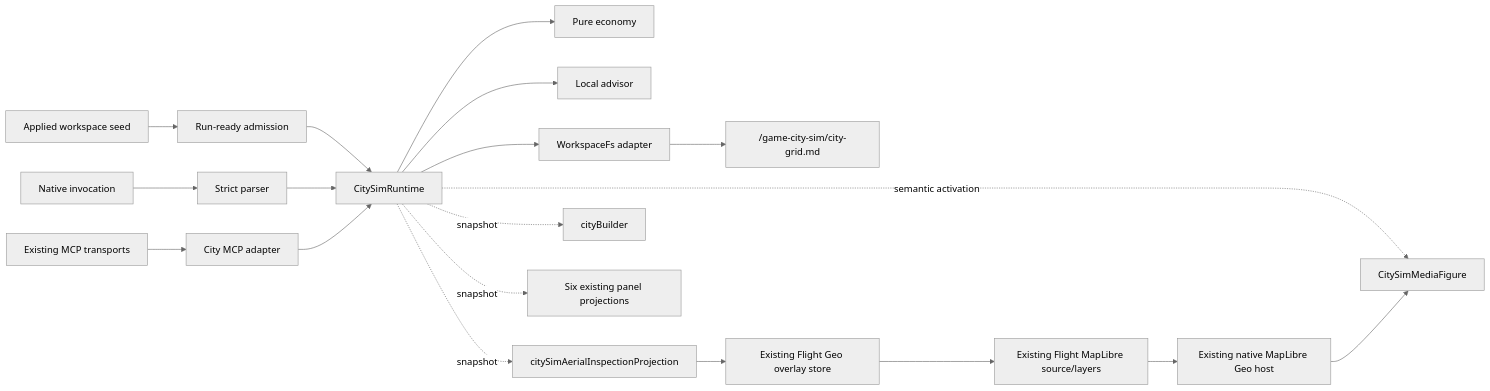
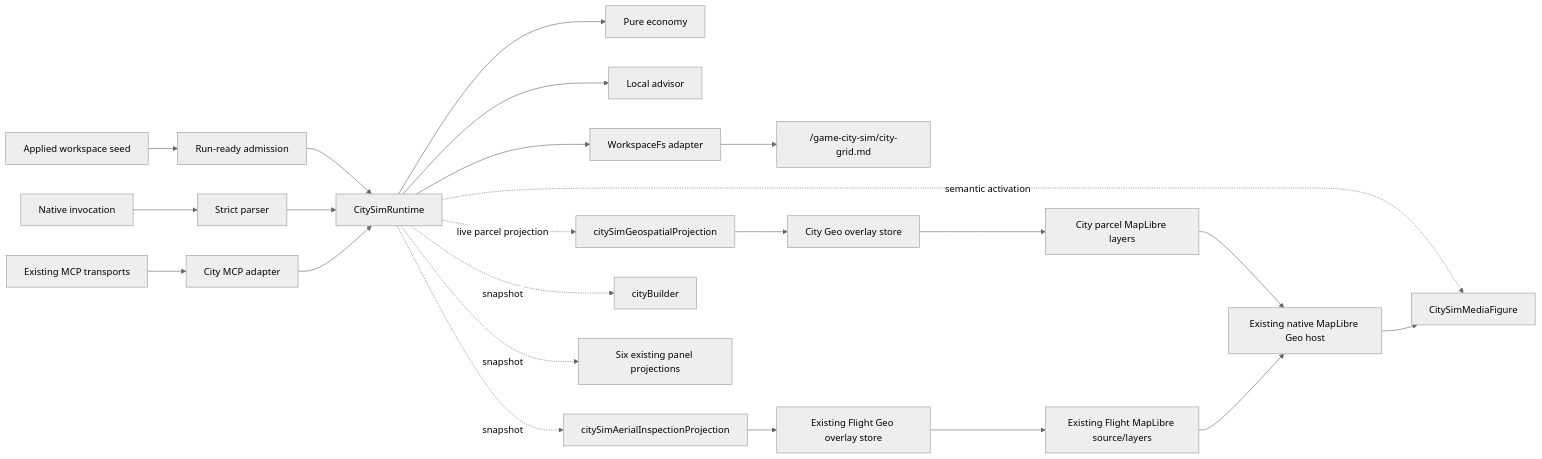
One commit to huijoohwee/agentic-graph changed the first of 2 diagrams in .kiro/specs/knowgrph-city-building-sim/design.md. Above: the diagram before and after it, drawn with Mermaid (neutral theme). The commit also changed other lines of this file and 81 other files, not shown here.

Commit message:
Render source-authored City parcels on Geo+XR

````diff
--- a/.kiro/specs/knowgrph-city-building-sim/design.md
+++ b/.kiro/specs/knowgrph-city-building-sim/design.md
@@ -46,21 +51,25 @@
 ```mermaid
 flowchart LR
   Source["Applied workspace seed"] --> Admission["Run-ready admission"]
   Invocation["Native invocation"] --> Parser["Strict parser"]
   MCP["Existing MCP transports"] --> Adapter["City MCP adapter"]
   Admission --> Runtime["CitySimRuntime"]
   Parser --> Runtime
   Adapter --> Runtime
   Runtime --> Tick["Pure economy"]
   Runtime --> Advisor["Local advisor"]
   Runtime --> Persistence["WorkspaceFs adapter"]
   Persistence --> Document["/game-city-sim/city-grid.md"]
   Runtime -. semantic activation .-> Figure["CitySimMediaFigure"]
+  Runtime -. live parcel projection .-> CityProjection["citySimGeospatialProjection"]
+  CityProjection --> CityStore["City Geo overlay store"]
+  CityStore --> CityLayers["City parcel MapLibre layers"]
+  CityLayers --> Geo["Existing native MapLibre Geo host"]
   Runtime -. snapshot .-> Aerial["citySimAerialInspectionProjection"]
   Aerial --> FlightStore["Existing Flight Geo overlay store"]
   FlightStore --> FlightLayers["Existing Flight MapLibre source/layers"]
-  FlightLayers --> Geo["Existing native MapLibre Geo host"]
+  FlightLayers --> Geo
   Geo --> Figure
   Runtime -. snapshot .-> Builder["cityBuilder"]
   Runtime -. snapshot .-> Projections["Six existing panel projections"]
 ```
````
